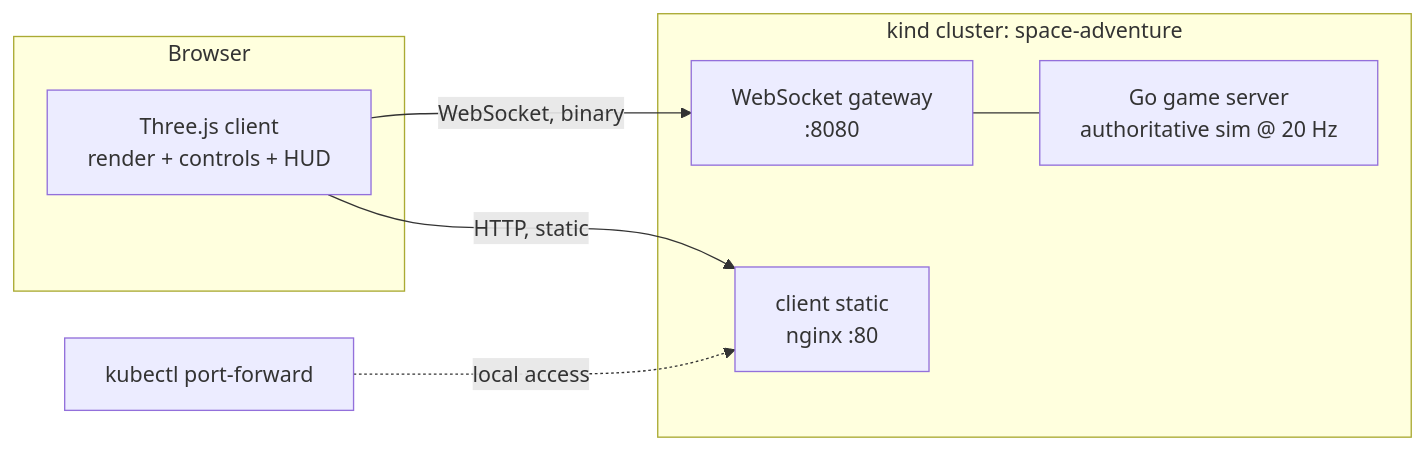
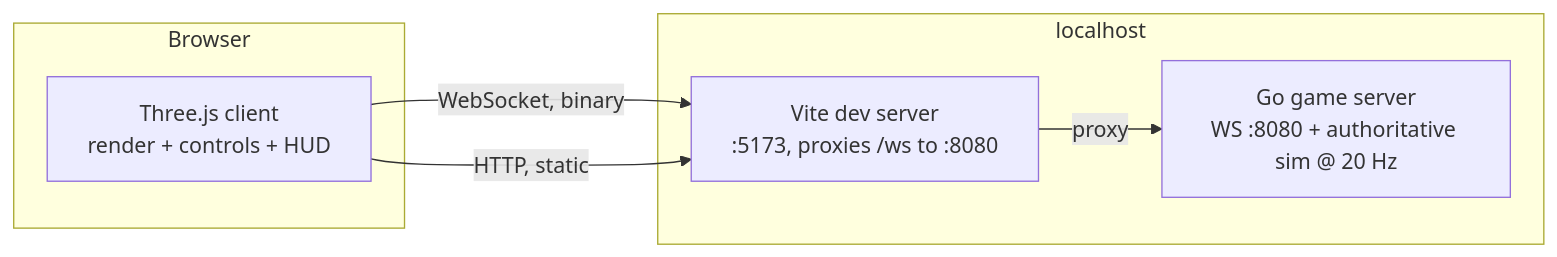
One commit to stevenholder/space_adventure changed the diagram in docs/ARCHITECTURE.md. Above: the diagram before and after it, drawn with Mermaid. The commit also changed other lines of this file and 14 other files, not shown here.

````diff
--- a/docs/ARCHITECTURE.md
+++ b/docs/ARCHITECTURE.md
@@ -7,13 +7,13 @@
 ```mermaid
 flowchart LR
   subgraph Browser
     C[Three.js client<br/>render + controls + HUD]
   end
-  subgraph kind cluster: space-adventure
-    W[WebSocket gateway<br/>:8080] --- S[Go game server<br/>authoritative sim @ 20 Hz]
-    N[client static<br/>nginx :80]
+  subgraph localhost
+    S[Go game server<br/>WS :8080 + authoritative sim @ 20 Hz]
+    V[Vite dev server<br/>:5173, proxies /ws to :8080]
   end
-  C -- WebSocket, binary --> W
-  C -- HTTP, static --> N
-  P[kubectl port-forward] -. local access .-> N
+  C -- WebSocket, binary --> V
+  V -- proxy --> S
+  C -- HTTP, static --> V
 ```
````
